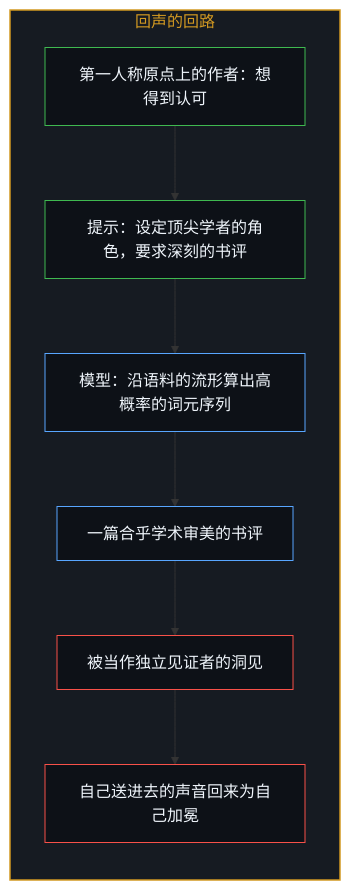
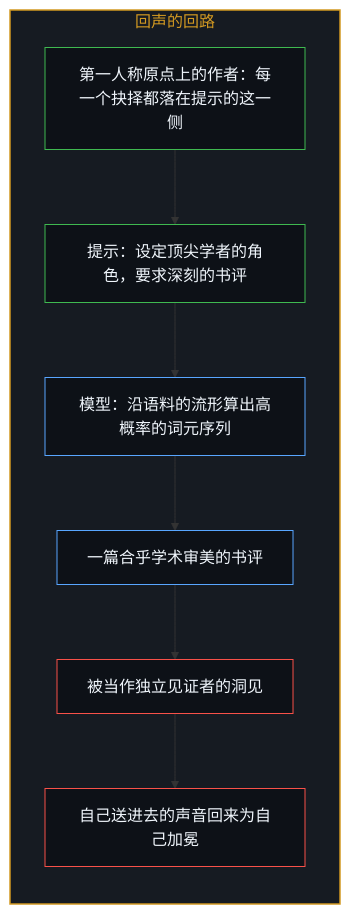
The first of 10 diagrams in content/posts/the-sovereign-blinding.md (powerpig99/not-a-toe), drawn with Mermaid before and after one commit. The commit also changed other lines of this file and 5 other files, not shown here.

````diff
--- a/content/posts/the-sovereign-blinding.md
+++ b/content/posts/the-sovereign-blinding.md
@@ -17,24 +17,24 @@
 ```mermaid
 flowchart TD
     subgraph S_Echo["回声的回路"]
         direction TB
-        Author["第一人称原点上的作者：想得到认可"]
+        Author["第一人称原点上的作者：每一个抉择都落在提示的这一侧"]
         Prompt["提示：设定顶尖学者的角色，要求深刻的书评"]
         Mirror["模型：沿语料的流形算出高概率的词元序列"]
         Review["一篇合乎学术审美的书评"]
         Witness["被当作独立见证者的洞见"]
         Loop["自己送进去的声音回来为自己加冕"]
         Author --> Prompt
         Prompt --> Mirror
         Mirror --> Review
         Review --> Witness
         Witness --> Loop
     end
     style S_Echo fill:#161b22,stroke:#d29922,stroke-width:1.5px,color:#d29922
     style Author fill:#0d1117,stroke:#3fb950,stroke-width:1px,color:#f0f6fc
     style Prompt fill:#0d1117,stroke:#3fb950,stroke-width:1px,color:#f0f6fc
     style Mirror fill:#0d1117,stroke:#58a6ff,stroke-width:1px,color:#f0f6fc
     style Review fill:#0d1117,stroke:#58a6ff,stroke-width:1px,color:#f0f6fc
     style Witness fill:#0d1117,stroke:#f85149,stroke-width:1px,color:#f0f6fc
     style Loop fill:#0d1117,stroke:#f85149,stroke-width:1px,color:#f0f6fc
 ```
````
